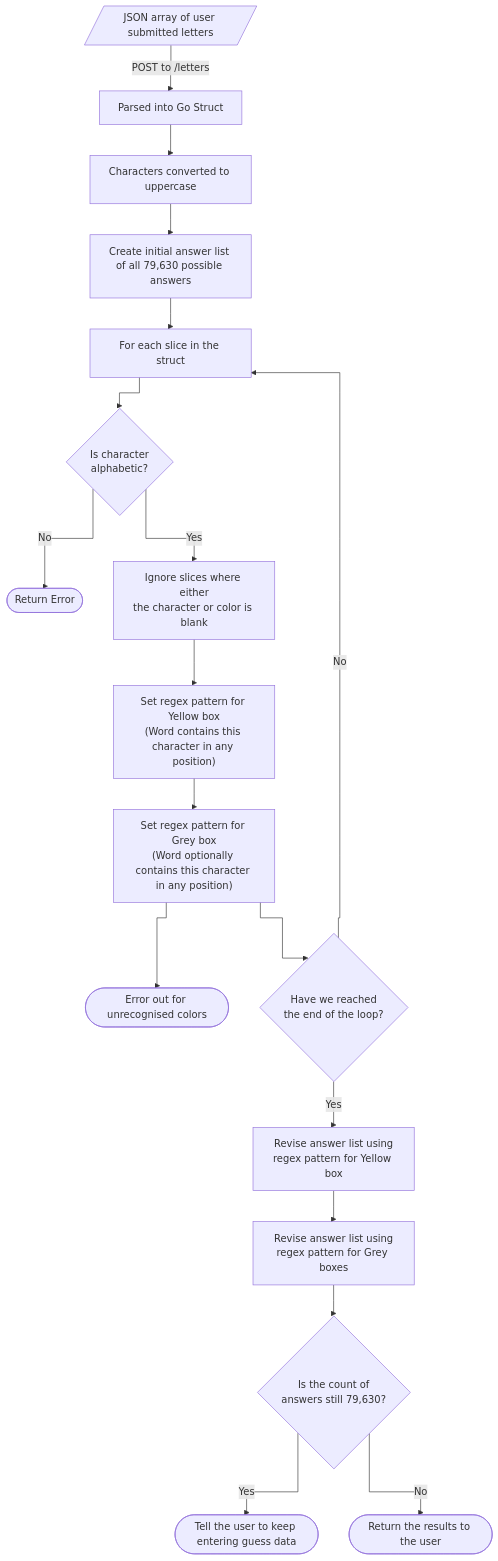
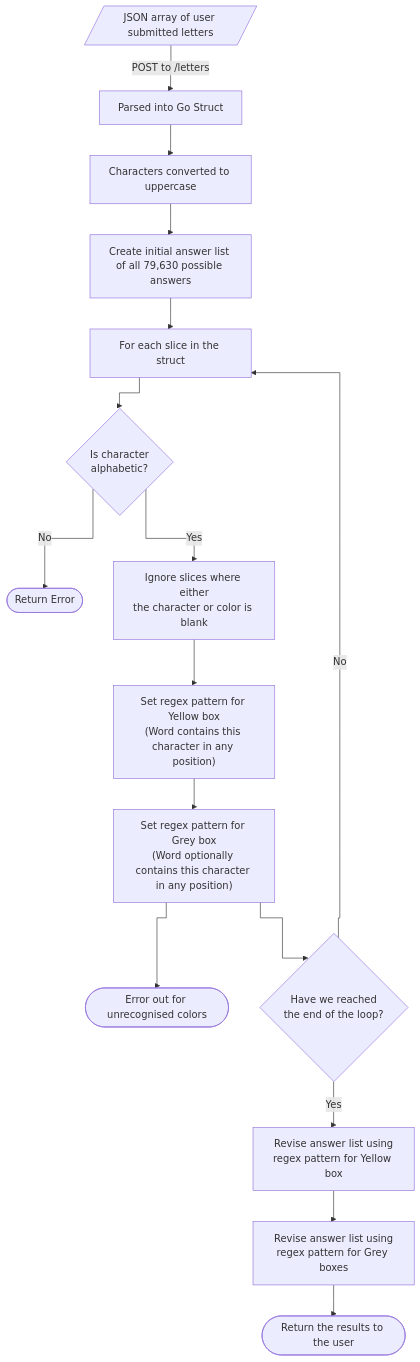
One commit to MarauderOne/spelling_bee_solver changed the diagram in README.md. Above: the diagram before and after it, drawn with Mermaid.

Commit message:
Removnig useless code

````diff
--- a/README.md
+++ b/README.md
@@ -20,40 +20,36 @@
 ```mermaid
 flowchart TD
 %%{ init: { 'flowchart': { 'curve': 'stepBefore' } } }%%
 
     A[/JSON array of user submitted letters/]
     B[Parsed into Go Struct]
     C[Characters converted to uppercase]
     F[Create initial answer list of all 79,630 possible answers]
     G[For each slice in the struct]
     D{"Is character\nalphabetic?"}
     E([Return Error])
     H[Ignore slices where either\nthe character or color is blank]
     J["Set regex pattern for Yellow box\n(Word contains this character in any position)"]
     K["Set regex pattern for Grey box\n(Word optionally contains this character in any position)"]
     S([Error out for unrecognised colors])
     V{"Have we reached\nthe end of the loop?"}
     Q[Revise answer list using\nregex pattern for Yellow box]
     R[Revise answer list using\nregex pattern for Grey boxes]
-    W{"Is the count of\nanswers still 79,630?"}
-    X([Tell the user to keep entering guess data])
     Y([Return the results to the user])
 
     A -->|POST to /letters| B
     B --> C
     C --> F
     F --> G
     G --> D
     D -->|No| E
     D -->|Yes| H
     H --> J
     J --> K
     K --> S
     K --> V
     V -->|No| G
     V -->|Yes| Q
     Q --> R
-    R --> W
-    W -->|Yes| X
-    W -->|No| Y
+    R --> Y
 ```
````
